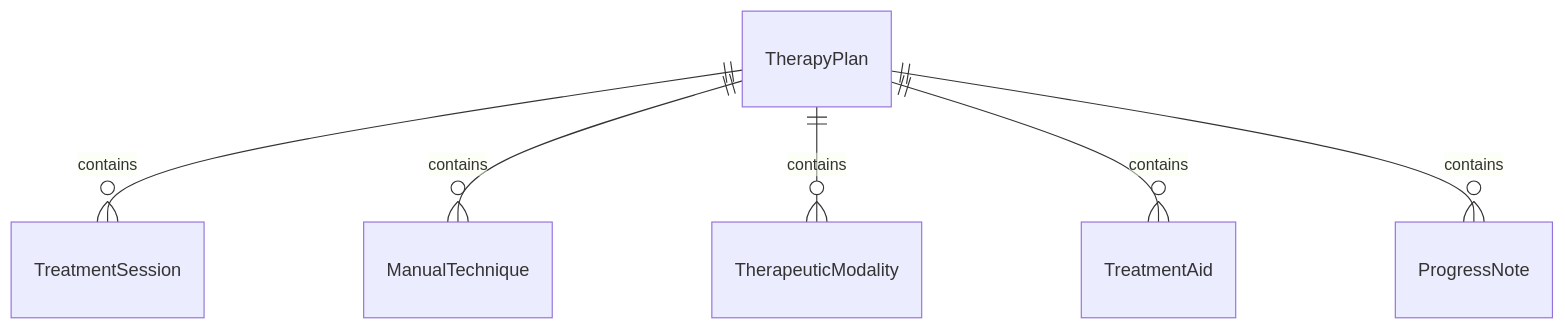
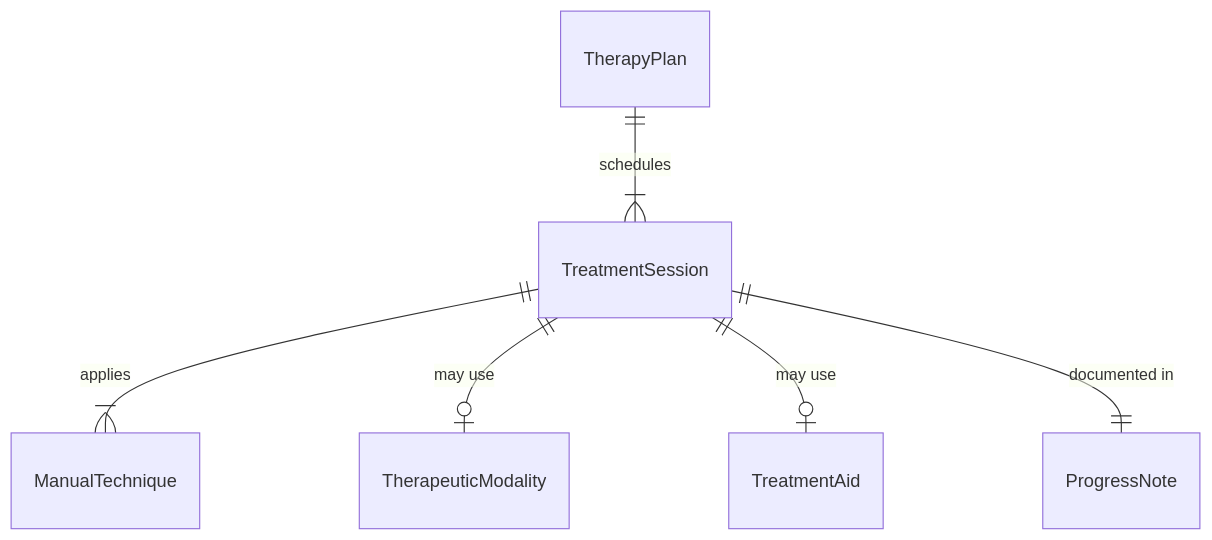
The first of 4 diagrams in AssistingAndCaringForOthers/AdministerTherapeuticTreatments/AdministerTherapyTreatmentsPatientsUsing.mdx (dot-org-ai/tasks.org.ai), drawn with Mermaid before and after one commit. The commit also changed other lines of this file and 32 other files, not shown here.

First line of the commit message:
fix: Improve ER and State diagrams in 32 AssistingAndCaringForOthers DWA files

````diff
--- a/AssistingAndCaringForOthers/AdministerTherapeuticTreatments/AdministerTherapyTreatmentsPatientsUsing.mdx
+++ b/AssistingAndCaringForOthers/AdministerTherapeuticTreatments/AdministerTherapyTreatmentsPatientsUsing.mdx
@@ -88,8 +88,8 @@
 ```mermaid
 erDiagram
-    TherapyPlan ||--o{ TreatmentSession : contains
-    TherapyPlan ||--o{ ManualTechnique : contains
-    TherapyPlan ||--o{ TherapeuticModality : contains
-    TherapyPlan ||--o{ TreatmentAid : contains
-    TherapyPlan ||--o{ ProgressNote : contains
+    TherapyPlan ||--|{ TreatmentSession : schedules
+    TreatmentSession ||--|{ ManualTechnique : applies
+    TreatmentSession ||--o| TherapeuticModality : "may use"
+    TreatmentSession ||--o| TreatmentAid : "may use"
+    TreatmentSession ||--|| ProgressNote : "documented in"
 ```
````
